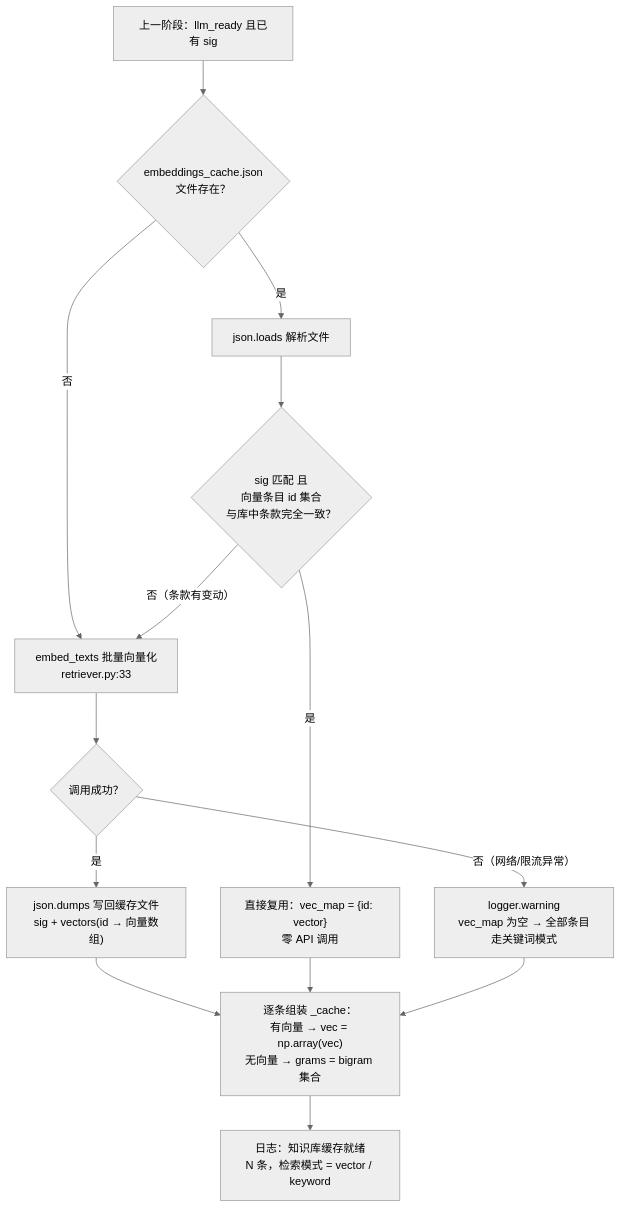
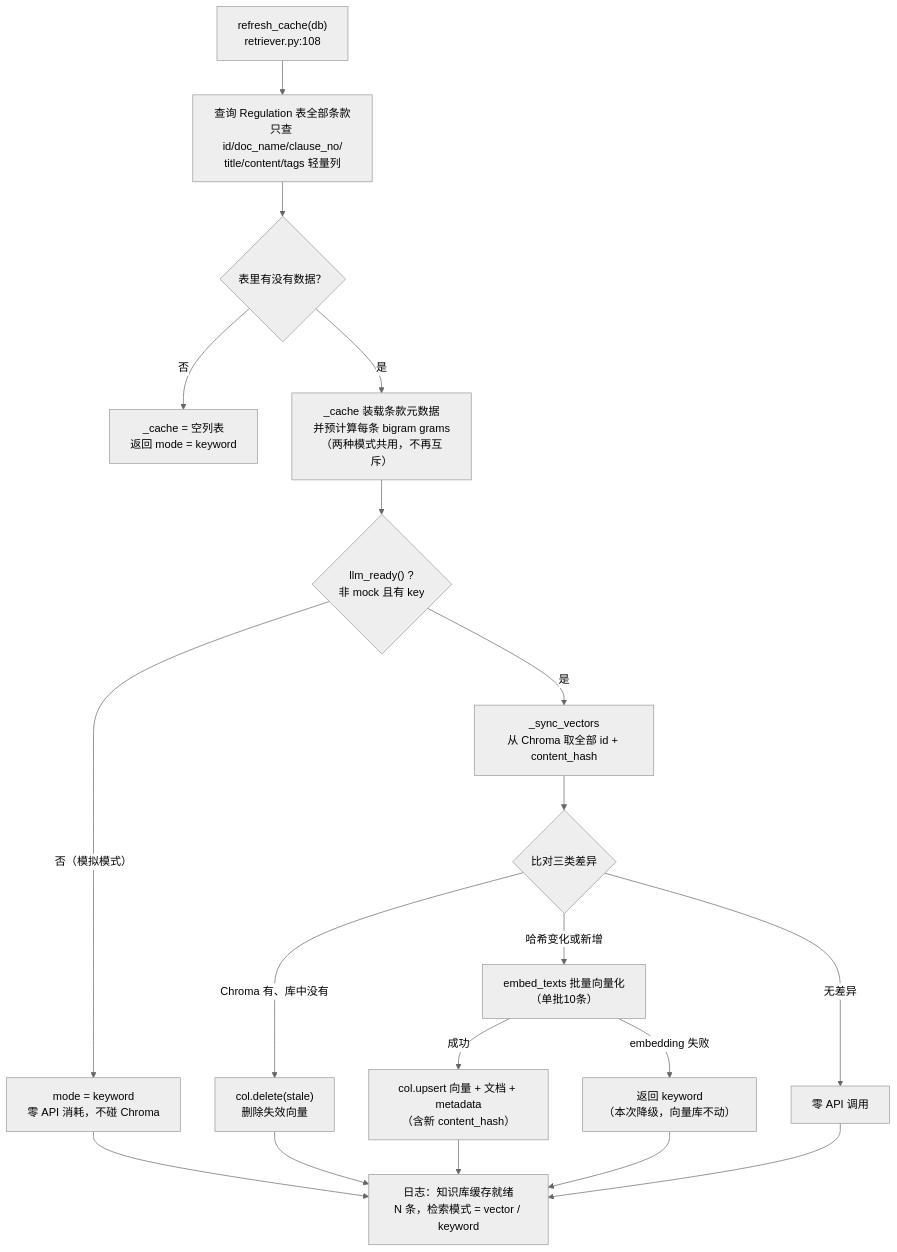
The second of 4 diagrams in docs/RAG检索实现分析.md (pandaadsas/zhuan-cloud), drawn with Mermaid (neutral theme) before and after one commit. The commit also changed other lines of this file, not shown here.

First line of the commit message:
docs: RAG 检索实现分析更新为 Chroma 本地向量库链路

````diff
--- a/docs/RAG检索实现分析.md
+++ b/docs/RAG检索实现分析.md
@@ -68,16 +69,19 @@
 ```mermaid
 flowchart TD
-    A["上一阶段：llm_ready 且已有 sig"] --> B{"embeddings_cache.json<br/>文件存在？"}
-    B -- 否 --> E["embed_texts 批量向量化<br/>retriever.py:33"]
-    B -- 是 --> C["json.loads 解析文件"]
-    C --> D{"sig 匹配 且<br/>向量条目 id 集合<br/>与库中条款完全一致？"}
-    D -- "是" --> F["直接复用：vec_map = {id: vector}<br/>零 API 调用"]
-    D -- "否（条款有变动）" --> E
-    E --> G{"调用成功？"}
-    G -- 是 --> H["json.dumps 写回缓存文件<br/>sig + vectors(id → 向量数组)"]
-    G -- "否（网络/限流异常）" --> I["logger.warning<br/>vec_map 为空 → 全部条目走关键词模式"]
-    H --> J["逐条组装 _cache：<br/>有向量 → vec = np.array(vec)<br/>无向量 → grams = bigram 集合"]
-    F --> J
-    I --> J
-    J --> K["日志：知识库缓存就绪<br/>N 条，检索模式 = vector / keyword"]
+    A["refresh_cache(db)<br/>retriever.py:108"] --> B["查询 Regulation 表全部条款<br/>只查 id/doc_name/clause_no/<br/>title/content/tags 轻量列"]
+    B --> C{"表里有没有数据？"}
+    C -- "否" --> D["_cache = 空列表<br/>返回 mode = keyword"]
+    C -- "是" --> E["_cache 装载条款元数据<br/>并预计算每条 bigram grams<br/>（两种模式共用，不再互斥）"]
+    E --> F{"llm_ready() ?<br/>非 mock 且有 key"}
+    F -- "否（模拟模式）" --> N["mode = keyword<br/>零 API 消耗，不碰 Chroma"]
+    F -- "是" --> G["_sync_vectors<br/>从 Chroma 取全部 id + content_hash"]
+    G --> H{"比对三类差异"}
+    H -- "Chroma 有、库中没有" --> I["col.delete(stale)<br/>删除失效向量"]
+    H -- "哈希变化或新增" --> J["embed_texts 批量向量化<br/>（单批10条）"]
+    H -- "无差异" --> K["零 API 调用"]
+    J -- "成功" --> L["col.upsert 向量 + 文档 + metadata<br/>（含新 content_hash）"]
+    J -- "embedding 失败" --> M["返回 keyword<br/>（本次降级，向量库不动）"]
+    I & L & K --> O["日志：知识库缓存就绪<br/>N 条，检索模式 = vector / keyword"]
+    M --> O
+    N --> O
 ```
````
